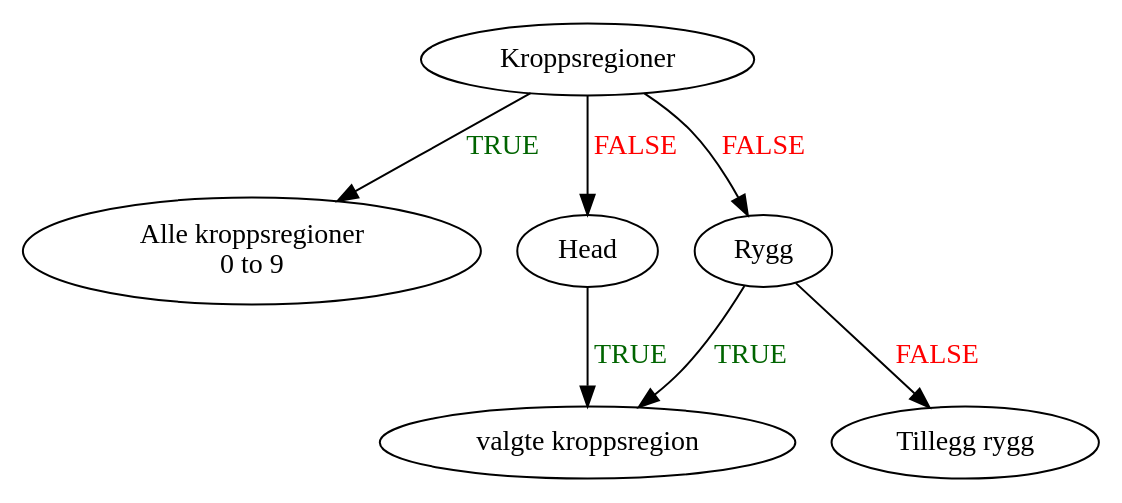
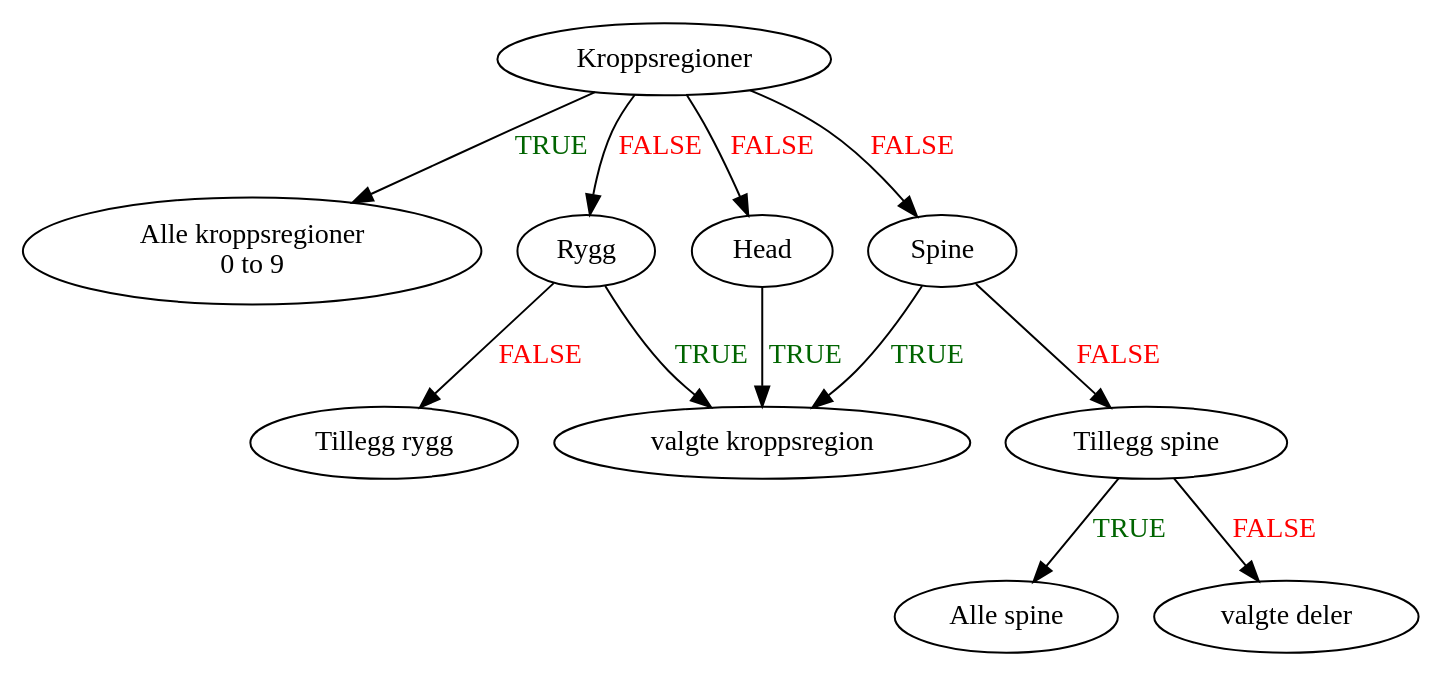
Before and after one commit to ybkamaleri/traume: the second of 2 diagrams in trial/ulykkeModuleDoc.org, drawn with Graphviz. The commit also changed other lines of this file and 2 other files, not shown here.

Commit message:
update model relasjon skadegrad

```diff
--- a/trial/ulykkeModuleDoc.org
+++ b/trial/ulykkeModuleDoc.org
@@ -58,19 +57,28 @@
 #+begin_src dot :file ./img/example1.png :cmdline -Kdot -Tpng
   digraph ais{
 
   K [label="Kroppsregioner"] // node K
   A [label="Alle kroppsregioner \n 0 to 9"] // node A
   H [label="Head"] // node H
   R [label="Rygg"] // node R
   B [label="Tillegg rygg"] // node B
   V [label="valgte kroppsregion"] // node V
+  S [label="Spine"]
+  D [label="Tillegg spine"]
+  C [label="Alle spine"]
+  E [label="valgte deler"]
 
   K->A [label="TRUE", fontcolor=darkgreen] // edge K->A
   K->H [label="FALSE", fontcolor=red] // edge K->H
   H->V [label="TRUE", fontcolor=darkgreen] // edge H->V
-  K->R [label="FALSE", fontcolor=red] // edge K->R
+  K->R [label="FALSE", fontcolor=red] // cedge K->R
   R->V [label="TRUE", fontcolor=darkgreen] //edge R->V
   R->B [label="FALSE", fontcolor=red] // edge R->B
+  K->S [label="FALSE", fontcolor=red]
+  S->V [label="TRUE", fontcolor=darkgreen]
+  S->D [label="FALSE", fontcolor=red]
+  D->C [label="TRUE", fontcolor=darkgreen]
+  D->E [label="FALSE", fontcolor=red]
 
   }
 #+end_src
```
